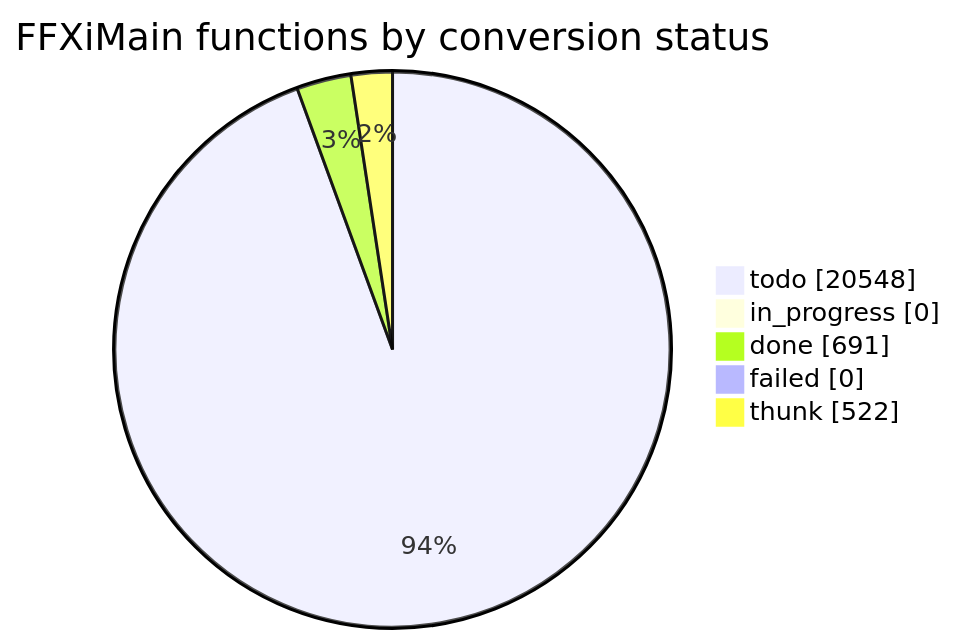
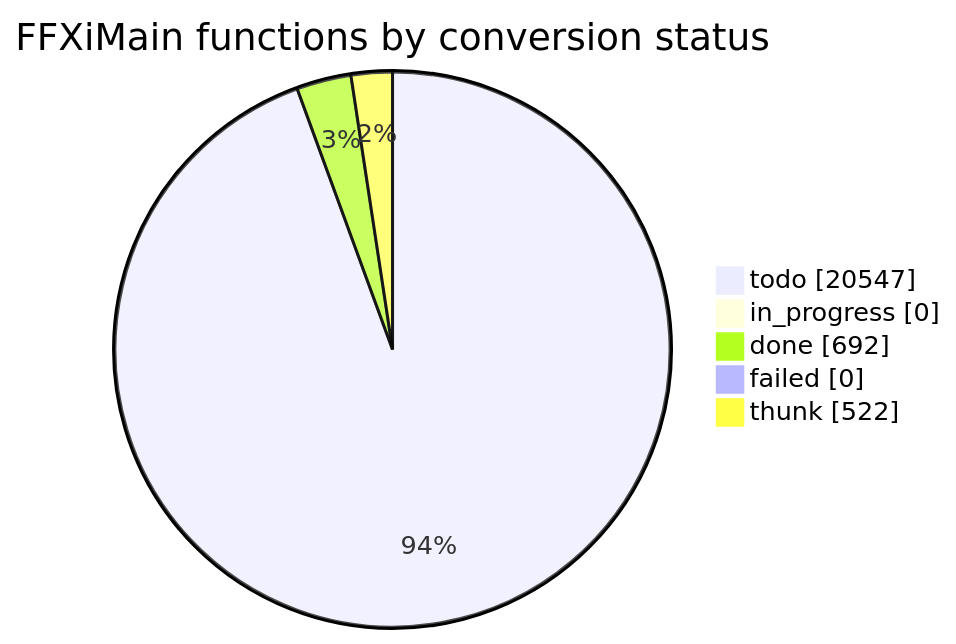
The diagram in docs/cow/STATUS.md (cowrevenge/cow_kuluu_xi_anything), drawn with Mermaid before and after one commit. The commit also changed other lines of this file and 9 other files, not shown here.

````diff
--- a/docs/cow/STATUS.md
+++ b/docs/cow/STATUS.md
@@ -18,9 +18,9 @@
 ```mermaid
 pie showData
     title FFXiMain functions by conversion status
-    "todo" : 20548
+    "todo" : 20547
     "in_progress" : 0
-    "done" : 691
+    "done" : 692
     "failed" : 0
     "thunk" : 522
 ```
````
